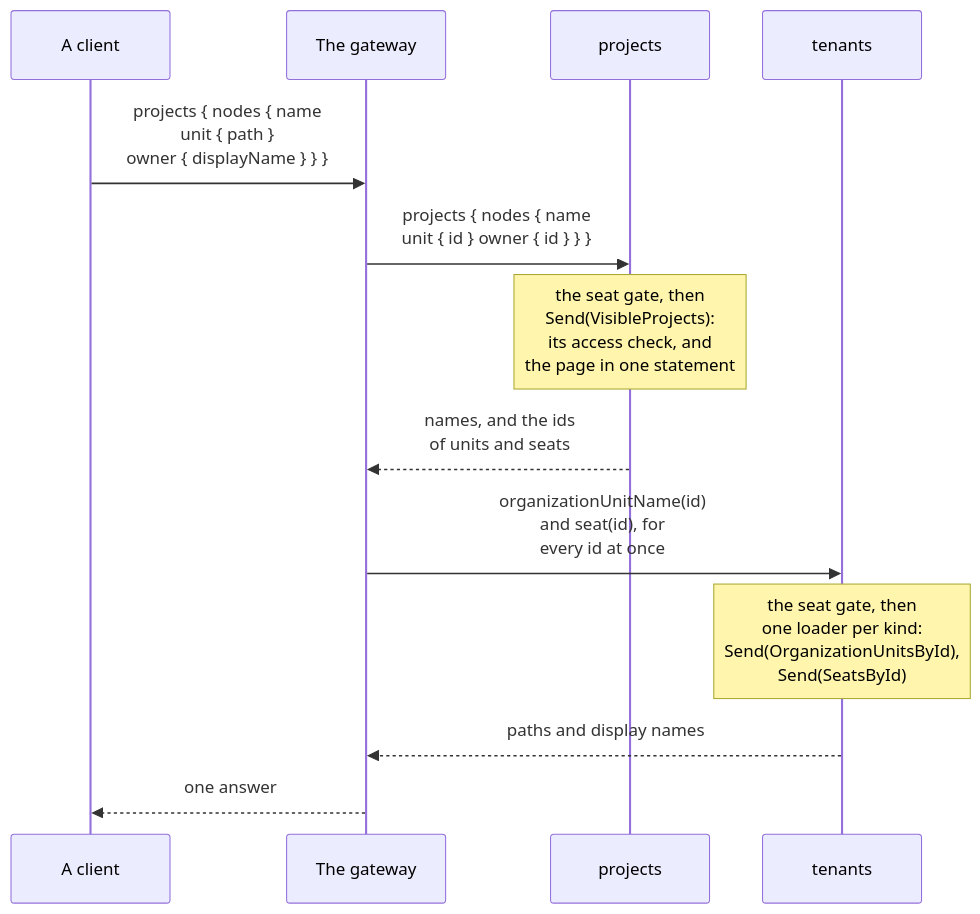
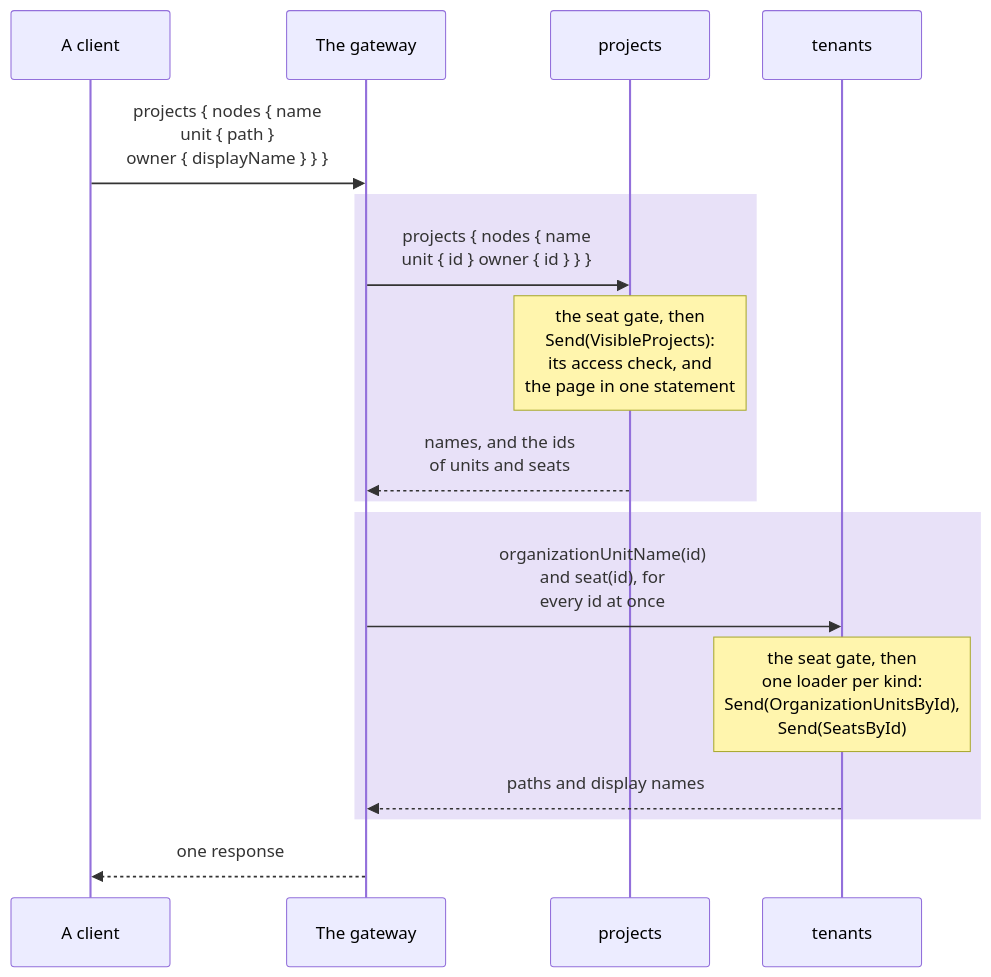
Before and after one commit to DylanSnel/DDDToolkit: the second of 2 diagrams in docs/tenancy/sample/graphql.md, drawn with Mermaid. The commit also changed other lines of this file and 24 other files, not shown here.

First line of the commit message:
Docs: plain prose and readable diagrams for Tenancy and Membership

````diff
--- a/docs/tenancy/sample/graphql.md
+++ b/docs/tenancy/sample/graphql.md
@@ -88,16 +104,20 @@
 ```mermaid
 sequenceDiagram
     participant Client as A client
     participant Gateway as The gateway
     participant Projects as projects
     participant Tenants as tenants
 
     Client->>Gateway: projects { nodes { name<br/>unit { path }<br/>owner { displayName } } }
-    Gateway->>Projects: projects { nodes { name<br/>unit { id } owner { id } } }
-    Note over Projects: the seat gate, then<br/>Send(VisibleProjects):<br/>its access check, and<br/>the page in one statement
-    Projects-->>Gateway: names, and the ids<br/>of units and seats
-    Gateway->>Tenants: organizationUnitName(id)<br/>and seat(id), for<br/>every id at once
-    Note over Tenants: the seat gate, then<br/>one loader per kind:<br/>Send(OrganizationUnitsById),<br/>Send(SeatsById)
-    Tenants-->>Gateway: paths and display names
-    Gateway-->>Client: one answer
+    rect rgba(91, 46, 201, 0.14)
+        Gateway->>Projects: projects { nodes { name<br/>unit { id } owner { id } } }
+        Note over Projects: the seat gate, then<br/>Send(VisibleProjects):<br/>its access check, and<br/>the page in one statement
+        Projects-->>Gateway: names, and the ids<br/>of units and seats
+    end
+    rect rgba(91, 46, 201, 0.14)
+        Gateway->>Tenants: organizationUnitName(id)<br/>and seat(id), for<br/>every id at once
+        Note over Tenants: the seat gate, then<br/>one loader per kind:<br/>Send(OrganizationUnitsById),<br/>Send(SeatsById)
+        Tenants-->>Gateway: paths and display names
+    end
+    Gateway-->>Client: one response
 ```
````
